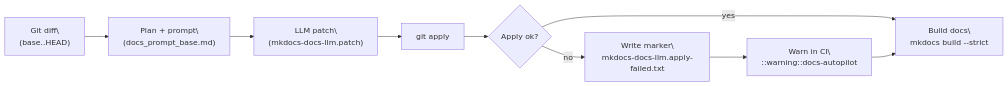
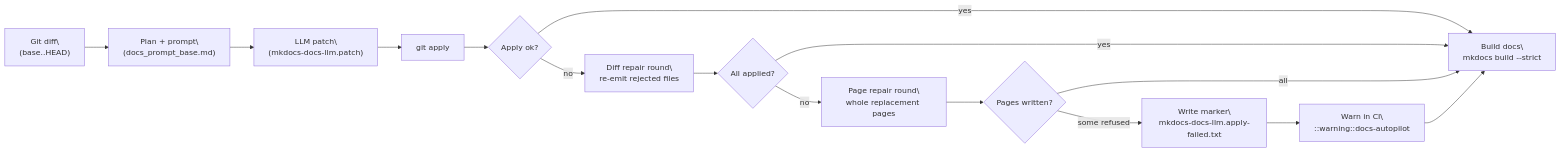
Before and after one commit to DMontgomery40/ragweld: the diagram in mkdocs/docs/dev/docs-autopilot-ci.md, drawn with Mermaid. The commit also changed other lines of this file and 2 other files, not shown here.

````diff
--- a/mkdocs/docs/dev/docs-autopilot-ci.md
+++ b/mkdocs/docs/dev/docs-autopilot-ci.md
@@ -133,11 +175,17 @@
 ```mermaid
 flowchart LR
   A["Git diff\\n(base..HEAD)"] --> B["Plan + prompt\\n(docs_prompt_base.md)"]
   B --> C["LLM patch\\n(mkdocs-docs-llm.patch)"]
   C --> D["git apply"]
   D --> E{"Apply ok?"}
   E -- "yes" --> F["Build docs\\nmkdocs build --strict"]
-  E -- "no" --> G["Write marker\\nmkdocs-docs-llm.apply-failed.txt"]
+  E -- "no" --> R1["Diff repair round\\nre-emit rejected files"]
+  R1 --> E2{"All applied?"}
+  E2 -- "yes" --> F
+  E2 -- "no" --> R2["Page repair round\\nwhole replacement pages"]
+  R2 --> E3{"Pages written?"}
+  E3 -- "all" --> F
+  E3 -- "some refused" --> G["Write marker\\nmkdocs-docs-llm.apply-failed.txt"]
   G --> H["Warn in CI\\n::warning::docs-autopilot"]
   H --> F
 ```
````
